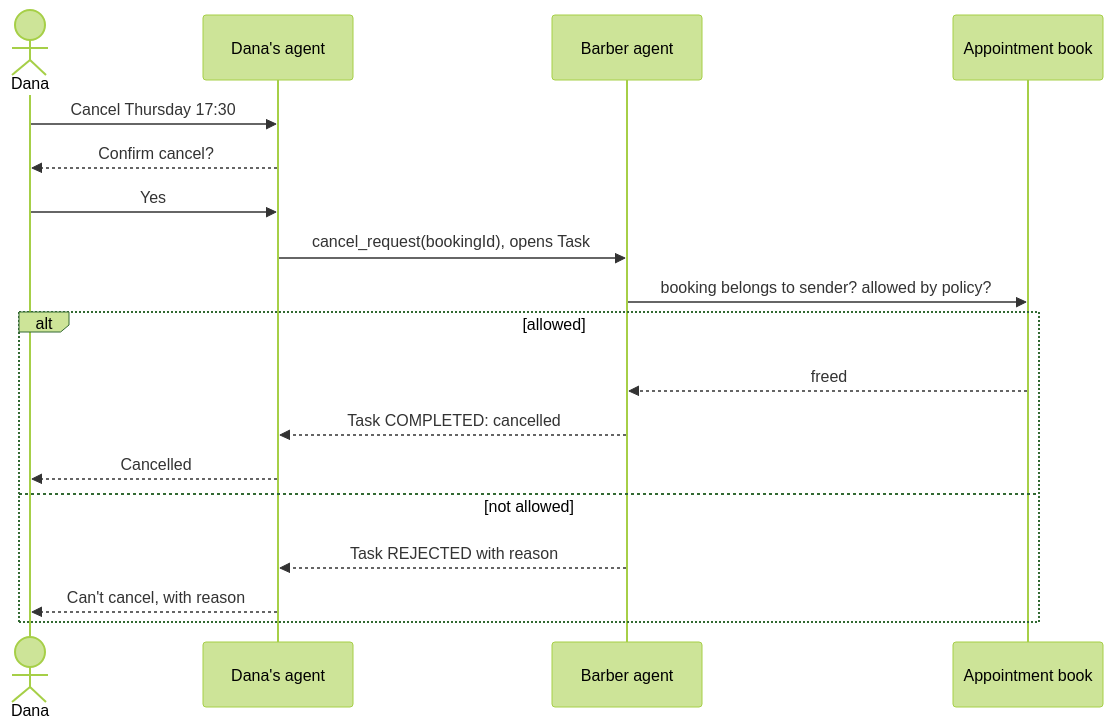
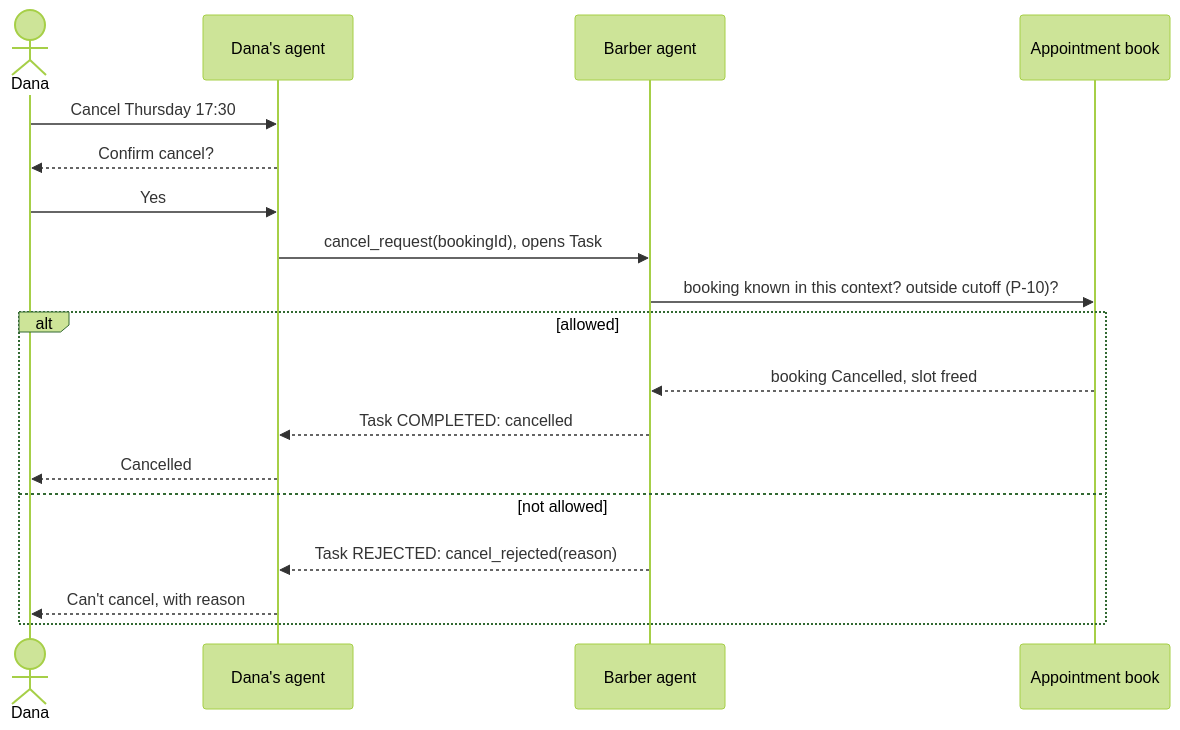
One commit to Jannisar01/hitchpost changed the fourth of 4 diagrams in docs/sad/06-use-cases.md. Above: the diagram before and after it, drawn with Mermaid (forest theme). The commit also changed other lines of this file and 21 other files, not shown here.

````diff
--- a/docs/sad/06-use-cases.md
+++ b/docs/sad/06-use-cases.md
@@ -196,21 +218,21 @@
 ```mermaid
 sequenceDiagram
     actor Dana
     participant DA as Dana's agent
     participant BA as Barber agent
     participant Book as Appointment book
 
     Dana->>DA: Cancel Thursday 17:30
     DA-->>Dana: Confirm cancel?
     Dana->>DA: Yes
     DA->>BA: cancel_request(bookingId), opens Task
-    BA->>Book: booking belongs to sender? allowed by policy?
+    BA->>Book: booking known in this context? outside cutoff (P-10)?
     alt allowed
-        Book-->>BA: freed
+        Book-->>BA: booking Cancelled, slot freed
         BA-->>DA: Task COMPLETED: cancelled
         DA-->>Dana: Cancelled
     else not allowed
-        BA-->>DA: Task REJECTED with reason
+        BA-->>DA: Task REJECTED: cancel_rejected(reason)
         DA-->>Dana: Can't cancel, with reason
     end
 ```
````
